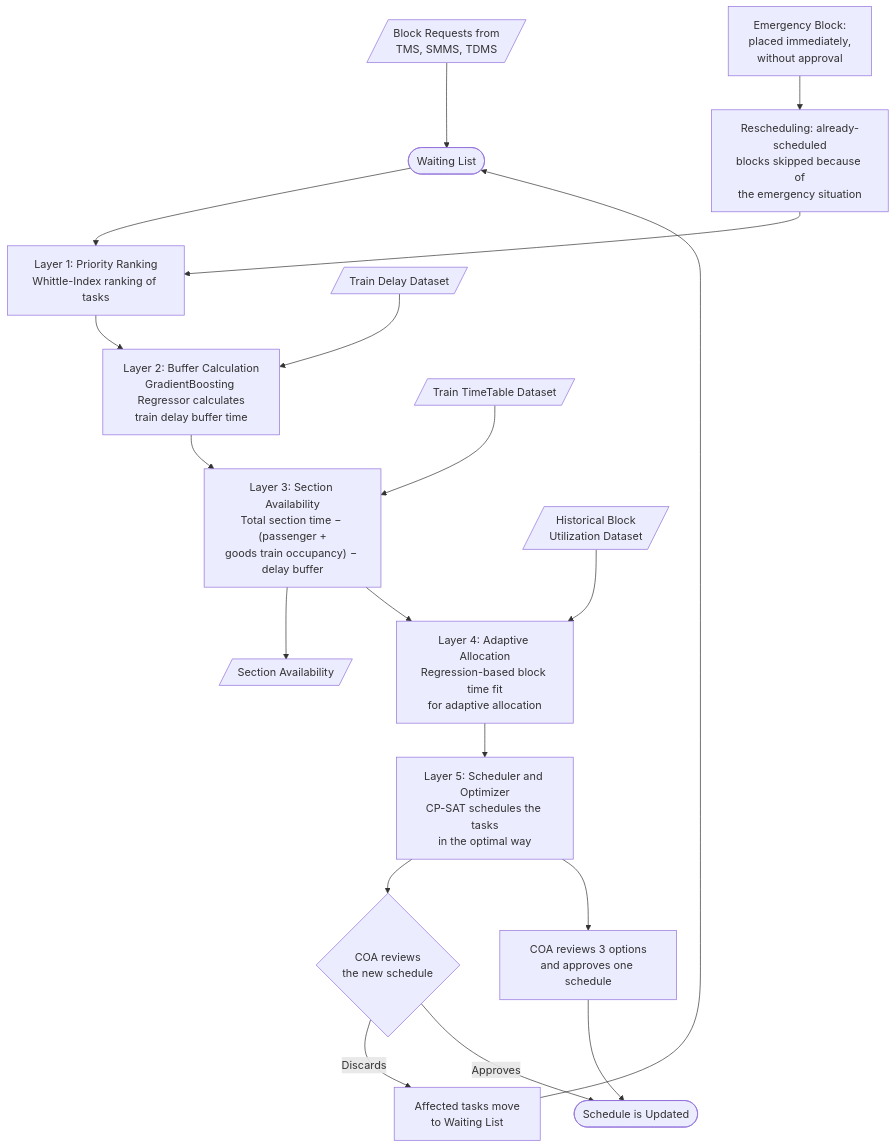
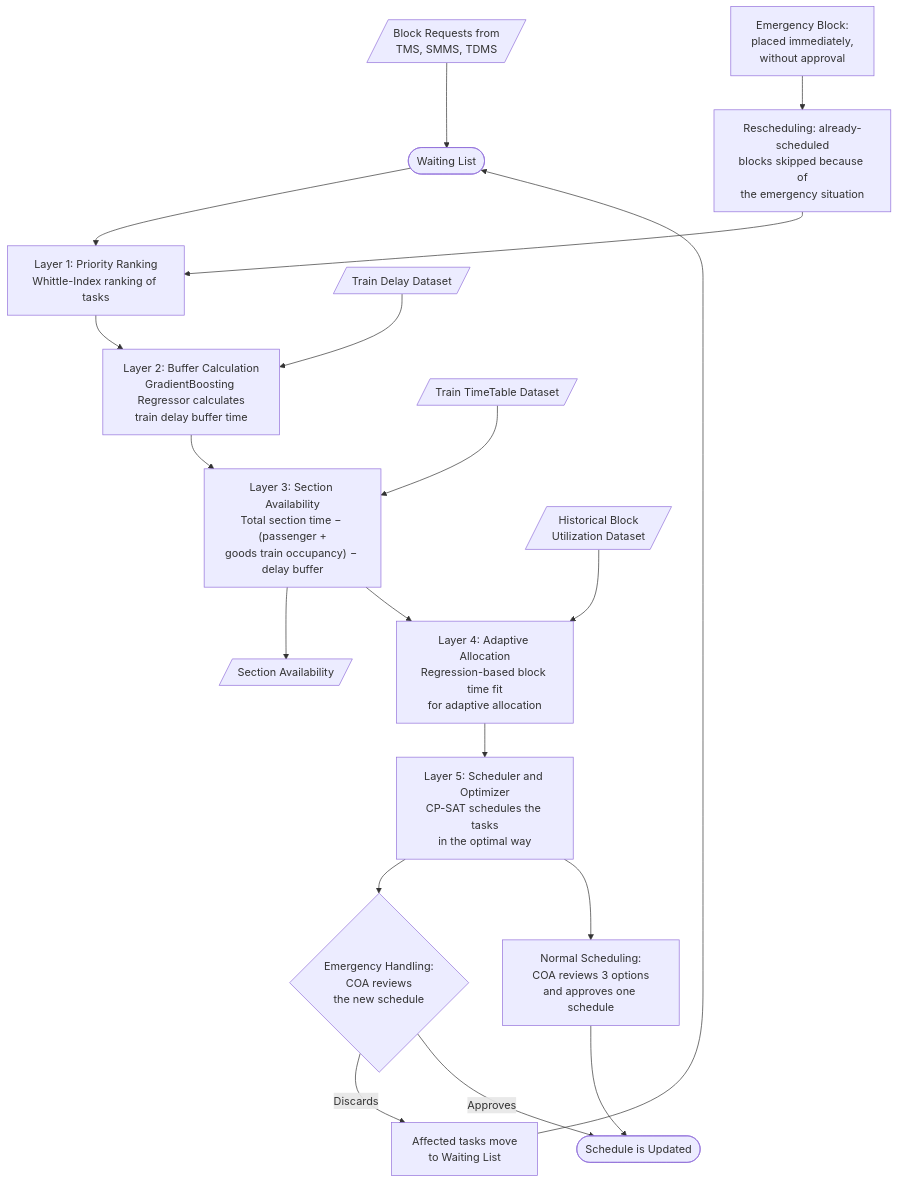
The diagram in README.md (sairam-s21/Cookies4U_SIH26027), drawn with Mermaid before and after one commit.

````diff
--- a/README.md
+++ b/README.md
@@ -51,38 +51,38 @@
 ```mermaid
 flowchart TD
     D1[/"Block Requests from<br/>TMS, SMMS, TDMS"/]
     WL(["Waiting List"])
     L1["Layer 1: Priority Ranking<br/>Whittle-Index ranking of tasks"]
     D2[/"Train Delay Dataset"/]
     L2["Layer 2: Buffer Calculation<br/>GradientBoosting Regressor calculates<br/>train delay buffer time"]
     D3[/"Train TimeTable Dataset"/]
     L3["Layer 3: Section Availability<br/>Total section time − (passenger +<br/>goods train occupancy) − delay buffer"]
     SA[/"Section Availability"/]
     D4[/"Historical Block<br/>Utilization Dataset"/]
     L4["Layer 4: Adaptive Allocation<br/>Regression-based block time fit<br/>for adaptive allocation"]
     L5["Layer 5: Scheduler and Optimizer<br/>CP-SAT schedules the tasks<br/>in the optimal way"]
 
     D1 --> WL --> L1
     D2 --> L2
     L1 --> L2
     D3 --> L3
     L2 --> L3
     L3 --> SA
     D4 --> L4
     L3 --> L4
     L4 --> L5
 
     EB["Emergency Block:<br/>placed immediately,<br/>without approval"]
     RS["Rescheduling: already-scheduled<br/>blocks skipped because of<br/>the emergency situation"]
-    CR{"COA reviews<br/>the new schedule"}
+    CR{"Emergency Handling:<br/>COA reviews<br/>the new schedule"}
     AT["Affected tasks move<br/>to Waiting List"]
-    CN["COA reviews 3 options<br/>and approves one schedule"]
+    CN["Normal Scheduling:<br/>COA reviews 3 options<br/>and approves one schedule"]
     SU(["Schedule is Updated"])
 
     EB --> RS --> L1
     L5 --> CR
     L5 --> CN
     CR -->|Discards| AT --> WL
     CR -->|Approves| SU
     CN --> SU
 ```
````
